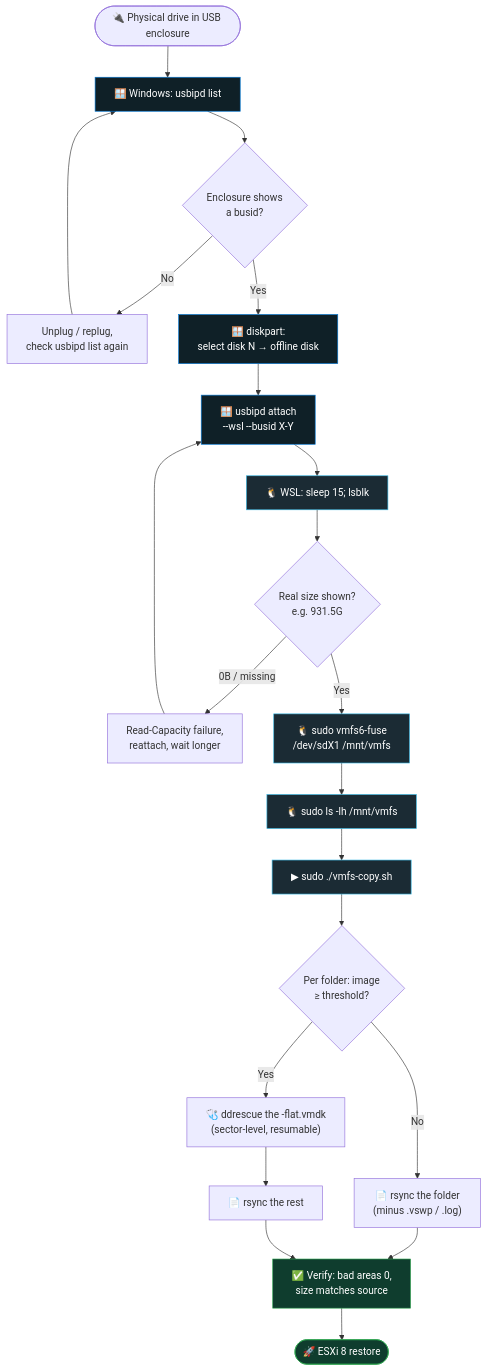
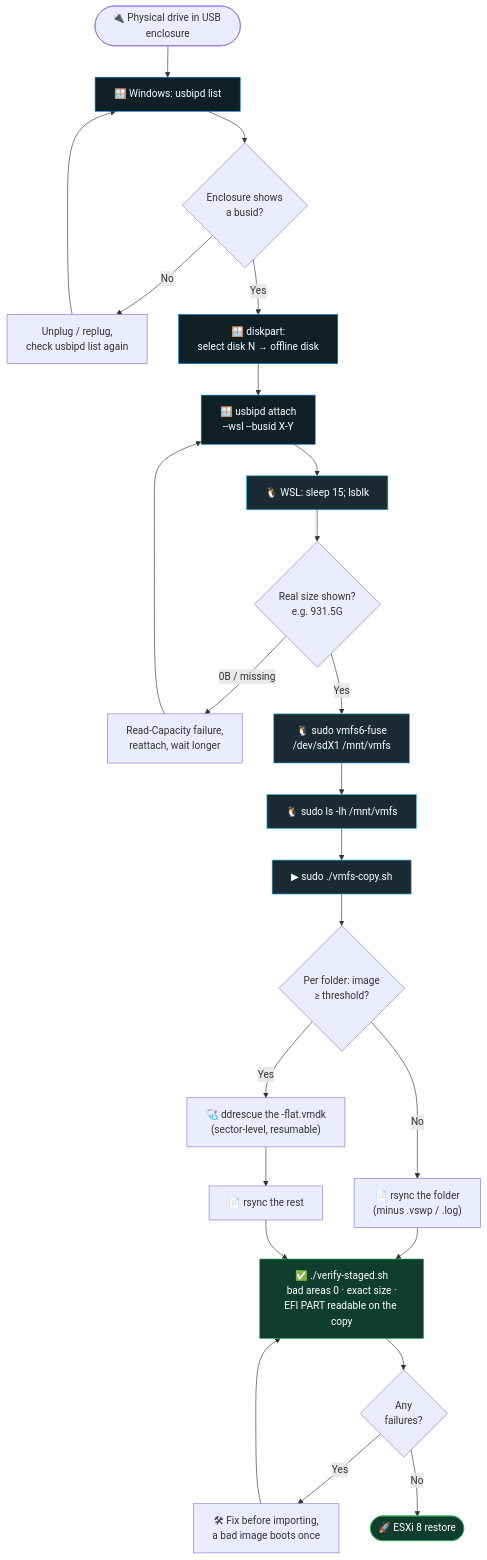
One commit to aniksarakash/VFMS_Recovery changed the first of 4 diagrams in README.md. Above: the diagram before and after it, drawn with Mermaid. The commit also changed other lines of this file, not shown here.

First line of the commit message:
Put the verifier in the README's flow, not just its reference

````diff
--- a/README.md
+++ b/README.md
@@ -151,26 +152,28 @@
 ```mermaid
 flowchart TD
     A(["🔌 Physical drive in USB enclosure"]) --> B["🪟 Windows: usbipd list"]
     B --> C{"Enclosure shows<br/>a busid?"}
     C -- No --> C1["Unplug / replug,<br/>check usbipd list again"] --> B
     C -- Yes --> D["🪟 diskpart:<br/>select disk N → offline disk"]
     D --> E["🪟 usbipd attach<br/>--wsl --busid X-Y"]
     E --> F["🐧 WSL: sleep 15; lsblk"]
     F --> G{"Real size shown?<br/>e.g. 931.5G"}
     G -- "0B / missing" --> G1["Read-Capacity failure,<br/>reattach, wait longer"] --> E
     G -- Yes --> H["🐧 sudo vmfs6-fuse<br/>/dev/sdX1 /mnt/vmfs"]
     H --> J["🐧 sudo ls -lh /mnt/vmfs"]
     J --> K["▶ sudo ./vmfs-copy.sh"]
     K --> L{"Per folder: image<br/>≥ threshold?"}
     L -- Yes --> M["🩺 ddrescue the -flat.vmdk<br/>(sector-level, resumable)"]
     L -- No --> N["📄 rsync the folder<br/>(minus .vswp / .log)"]
     M --> N2["📄 rsync the rest"]
-    N --> O["✅ Verify: bad areas 0,<br/>size matches source"]
+    N --> O["✅ ./verify-staged.sh<br/>bad areas 0 · exact size ·<br/>EFI PART readable on the copy"]
     N2 --> O
-    O --> P(["🚀 ESXi 8 restore"])
+    O --> O2{"Any<br/>failures?"}
+    O2 -- Yes --> O3["🛠 Fix before importing,<br/>a bad image boots once"] --> O
+    O2 -- No --> P(["🚀 ESXi 8 restore"])
 
     classDef win fill:#0F2027,stroke:#0078D6,color:#fff;
     classDef nix fill:#1b2b34,stroke:#39BAE6,color:#fff;
     classDef ok  fill:#0f3d2e,stroke:#2ea44f,color:#fff;
     class B,D,E win; class F,H,J,K nix; class O,P ok;
 ```
````
